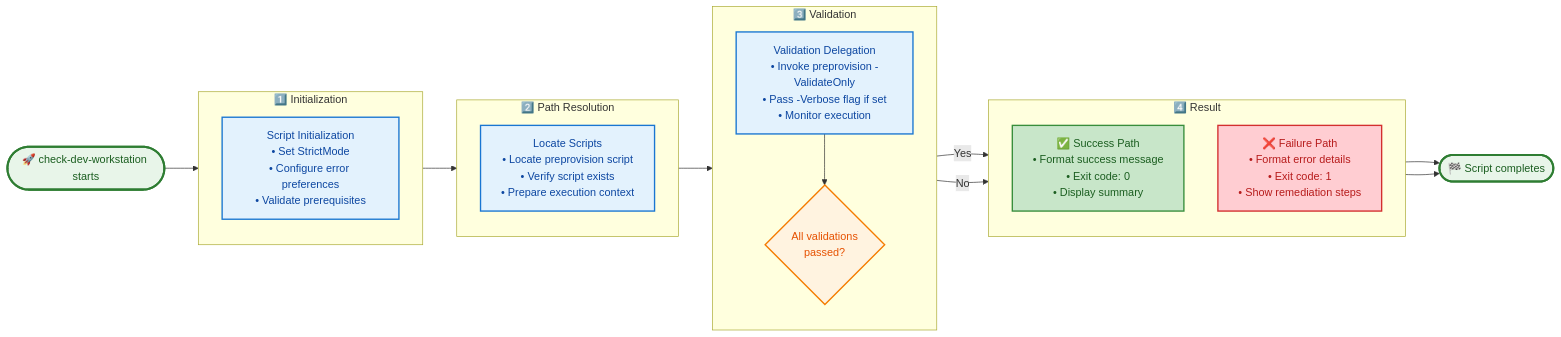
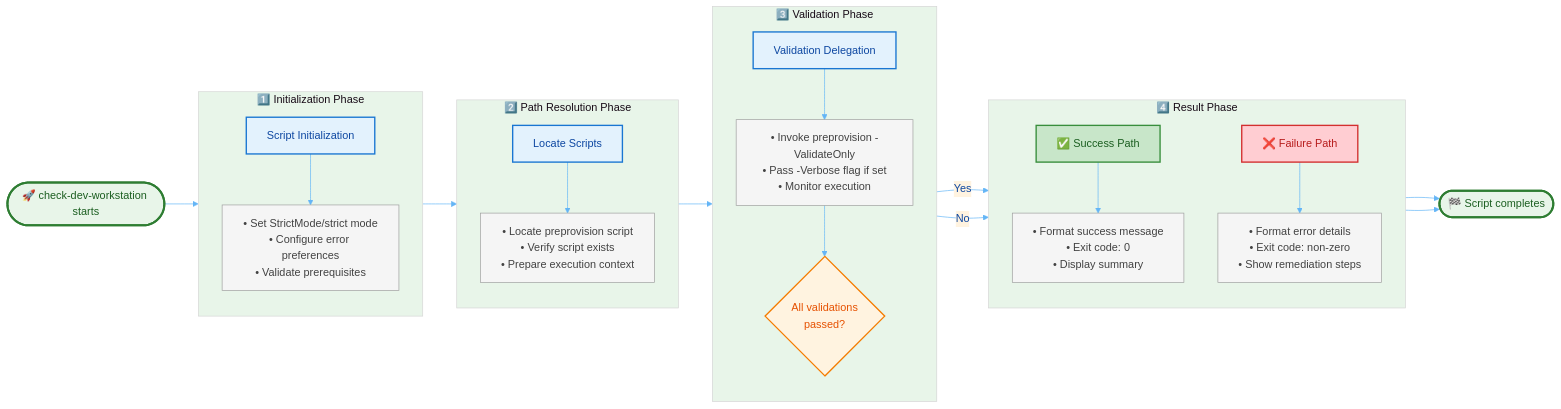
One commit to Evilazaro/Azure-LogicApps-Monitoring changed the diagram in docs/hooks/check-dev-workstation.md. Above: the diagram before and after it, drawn with Mermaid. The commit also changed 2 other files, not shown here.

Commit message:
Refactor check-dev-workstation scripts for improved clarity and streamlined execution

````diff
--- a/docs/hooks/check-dev-workstation.md
+++ b/docs/hooks/check-dev-workstation.md
@@ -274,49 +274,77 @@
 ```mermaid
+%%{init: {'theme': 'base', 'themeVariables': { 'primaryColor': '#e3f2fd', 'primaryTextColor': '#0d47a1', 'primaryBorderColor': '#1976d2', 'lineColor': '#64b5f6', 'secondaryColor': '#fff3e0', 'tertiaryColor': '#e8f5e9'}}}%%
 flowchart LR
+    %% ===================================================================
+    %% WORKFLOW: check-dev-workstation Process Flow
+    %% Description: Validates developer workstation prerequisites
+    %% ===================================================================
+
+    %% --- Entry and Exit Points ---
     Start(["🚀 check-dev-workstation starts"])
     End(["🏁 Script completes"])
 
     Start --> Initialization
 
-    subgraph Initialization["1️⃣ Initialization"]
+    %% --- Phase 1: Initialization ---
+    subgraph Initialization["1️⃣ Initialization Phase"]
         direction TB
-        Init["Script Initialization<br/>• Set StrictMode<br/>• Configure error preferences<br/>• Validate prerequisites"]
+        Init["Script Initialization"]
+        InitDetails["• Set StrictMode/strict mode<br/>• Configure error preferences<br/>• Validate prerequisites"]
+        Init --> InitDetails
     end
 
-    subgraph PathResolution["2️⃣ Path Resolution"]
+    %% --- Phase 2: Path Resolution ---
+    subgraph PathResolution["2️⃣ Path Resolution Phase"]
         direction TB
-        Path["Locate Scripts<br/>• Locate preprovision script<br/>• Verify script exists<br/>• Prepare execution context"]
+        Path["Locate Scripts"]
+        PathDetails["• Locate preprovision script<br/>• Verify script exists<br/>• Prepare execution context"]
+        Path --> PathDetails
     end
 
-    subgraph ValidationPhase["3️⃣ Validation"]
+    %% --- Phase 3: Validation Execution ---
+    subgraph ValidationPhase["3️⃣ Validation Phase"]
         direction TB
-        Delegate["Validation Delegation<br/>• Invoke preprovision -ValidateOnly<br/>• Pass -Verbose flag if set<br/>• Monitor execution"]
+        Delegate["Validation Delegation"]
+        DelegateDetails["• Invoke preprovision -ValidateOnly<br/>• Pass -Verbose flag if set<br/>• Monitor execution"]
         Check{"All validations<br/>passed?"}
-        Delegate --> Check
+        Delegate --> DelegateDetails
+        DelegateDetails --> Check
     end
 
-    subgraph ResultPhase["4️⃣ Result"]
+    %% --- Phase 4: Result Processing ---
+    subgraph ResultPhase["4️⃣ Result Phase"]
         direction TB
-        Success["✅ Success Path<br/>• Format success message<br/>• Exit code: 0<br/>• Display summary"]
-        Failure["❌ Failure Path<br/>• Format error details<br/>• Exit code: 1<br/>• Show remediation steps"]
+        Success["✅ Success Path"]
+        SuccessDetails["• Format success message<br/>• Exit code: 0<br/>• Display summary"]
+        Failure["❌ Failure Path"]
+        FailureDetails["• Format error details<br/>• Exit code: non-zero<br/>• Show remediation steps"]
+        Success --> SuccessDetails
+        Failure --> FailureDetails
     end
 
+    %% --- Flow Connections ---
     Initialization --> PathResolution
     PathResolution --> ValidationPhase
-    Check -->|Yes| Success
-    Check -->|No| Failure
-    Success --> End
-    Failure --> End
+    Check -->|"Yes"| Success
+    Check -->|"No"| Failure
+    SuccessDetails --> End
+    FailureDetails --> End
 
-    classDef startEnd fill:#e8f5e9,stroke:#2e7d32,stroke-width:3px,color:#1b5e20
-    classDef process fill:#e3f2fd,stroke:#1976d2,stroke-width:2px,color:#0d47a1
-    classDef decision fill:#fff3e0,stroke:#f57c00,stroke-width:2px,color:#e65100
-    classDef success fill:#c8e6c9,stroke:#388e3c,stroke-width:2px,color:#1b5e20
-    classDef failure fill:#ffcdd2,stroke:#d32f2f,stroke-width:2px,color:#b71c1c
+    %% --- Style Definitions ---
+    %% Color palette follows Material Design guidelines
+    %% Green: Success states | Blue: Process steps | Orange: Decisions | Red: Failures
+    classDef startEndStyle fill:#e8f5e9,stroke:#2e7d32,stroke-width:3px,color:#1b5e20
+    classDef processStyle fill:#e3f2fd,stroke:#1976d2,stroke-width:2px,color:#0d47a1
+    classDef detailStyle fill:#f5f5f5,stroke:#9e9e9e,stroke-width:1px,color:#424242
+    classDef decisionStyle fill:#fff3e0,stroke:#f57c00,stroke-width:2px,color:#e65100
+    classDef successStyle fill:#c8e6c9,stroke:#388e3c,stroke-width:2px,color:#1b5e20
+    classDef failureStyle fill:#ffcdd2,stroke:#d32f2f,stroke-width:2px,color:#b71c1c
 
-    class Start,End startEnd
-    class Init,Path,Delegate process
-    class Check decision
-    class Success success
-    class Failure failure
+    %% --- Apply Styles ---
+    class Start,End startEndStyle
+    class Init,Path,Delegate processStyle
+    class InitDetails,PathDetails,DelegateDetails,SuccessDetails,FailureDetails detailStyle
+    class Check decisionStyle
+    class Success successStyle
+    class Failure failureStyle
 ```
````
